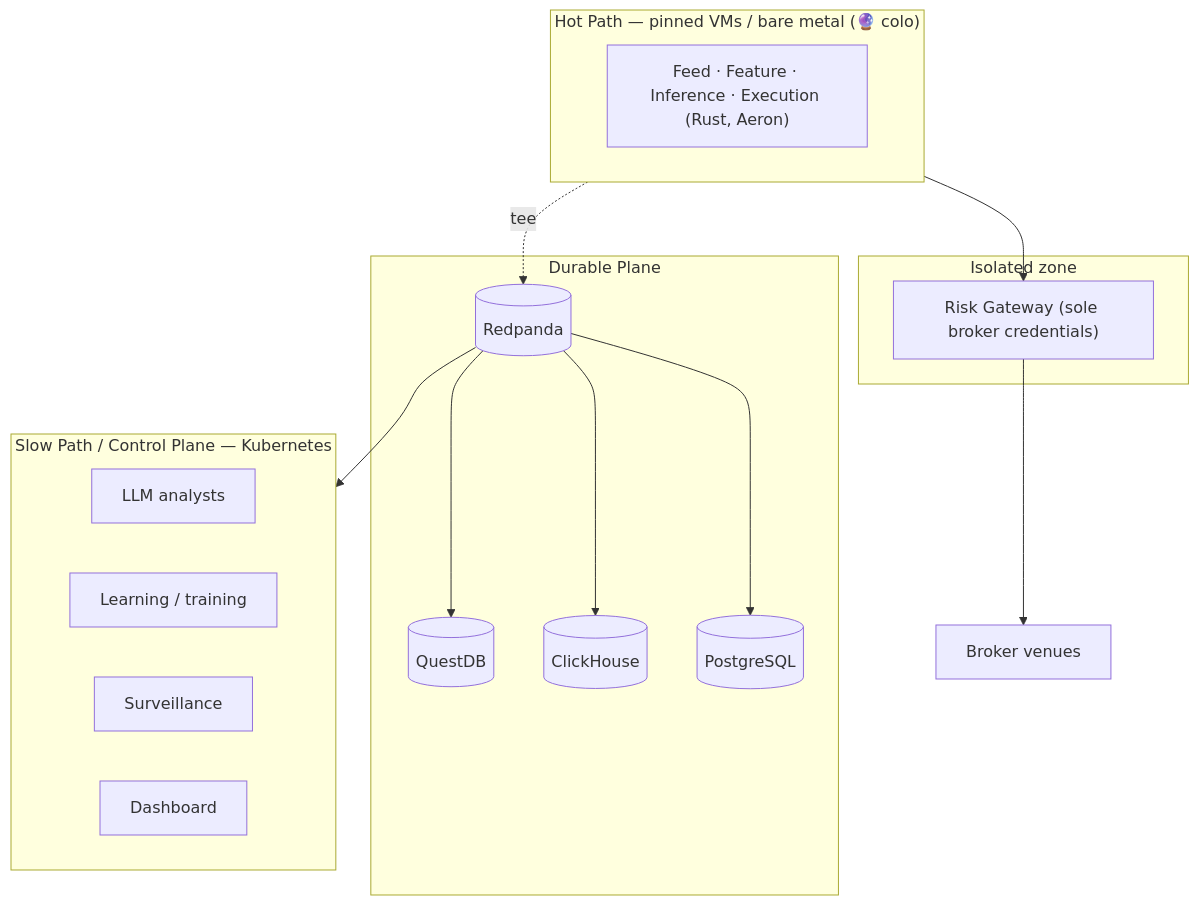
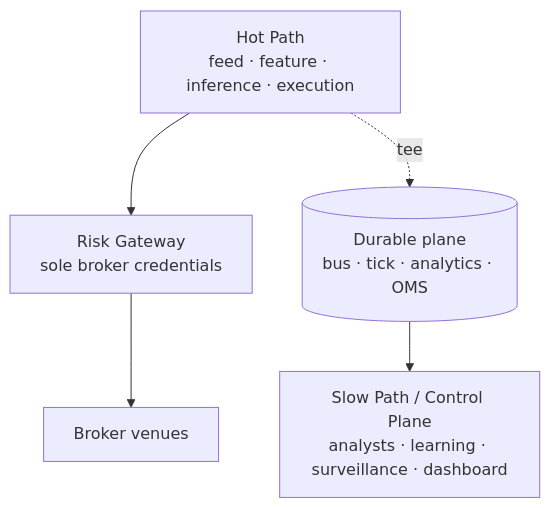
Before and after one commit to abrar99966/Multi-Agent-Enterprise-Trading-Bot: the fifth of 7 diagrams in docs/ARCHITECTURE.md, drawn with Mermaid. The commit also changed other lines of this file, not shown here.

First line of the commit message:
docs: final professional polish of ARCHITECTURE.md

````diff
--- a/docs/ARCHITECTURE.md
+++ b/docs/ARCHITECTURE.md
@@ -371,24 +334,10 @@
 ```mermaid
 graph TB
-    subgraph HOT["Hot Path — pinned VMs / bare metal (🔮 colo)"]
-        H["Feed · Feature · Inference · Execution (Rust, Aeron)"]
-    end
-    subgraph RISKZONE["Isolated zone"]
-        RGP["Risk Gateway (sole broker credentials)"]
-    end
-    subgraph DUR["Durable Plane"]
-        RPK[("Redpanda")]
-        QDB[("QuestDB")]
-        CH[("ClickHouse")]
-        PG[("PostgreSQL")]
-    end
-    subgraph K8S["Slow Path / Control Plane — Kubernetes"]
-        AN["LLM analysts"]
-        LR["Learning / training"]
-        SV["Surveillance"]
-        DB["Dashboard"]
-    end
-    HOT --> RGP --> Brokers["Broker venues"]
-    HOT -.tee.-> RPK
-    RPK --> QDB & CH & PG & K8S
+    HOT["Hot Path<br/>feed · feature · inference · execution"]
+    RGP["Risk Gateway<br/>sole broker credentials"]
+    DUR[("Durable plane<br/>bus · tick · analytics · OMS")]
+    K8S["Slow Path / Control Plane<br/>analysts · learning · surveillance · dashboard"]
+    HOT --> RGP --> BRK["Broker venues"]
+    HOT -.tee.-> DUR
+    DUR --> K8S
 ```
````
